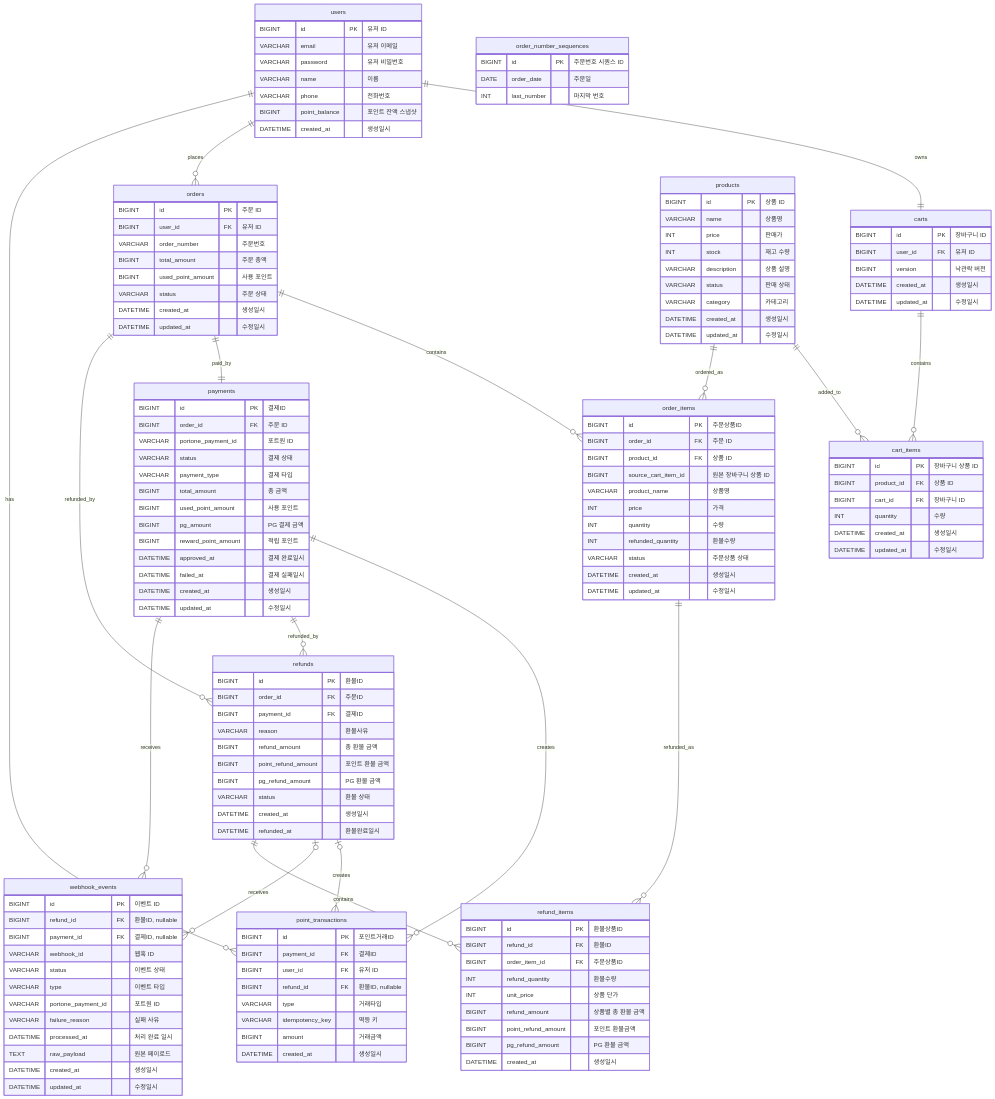
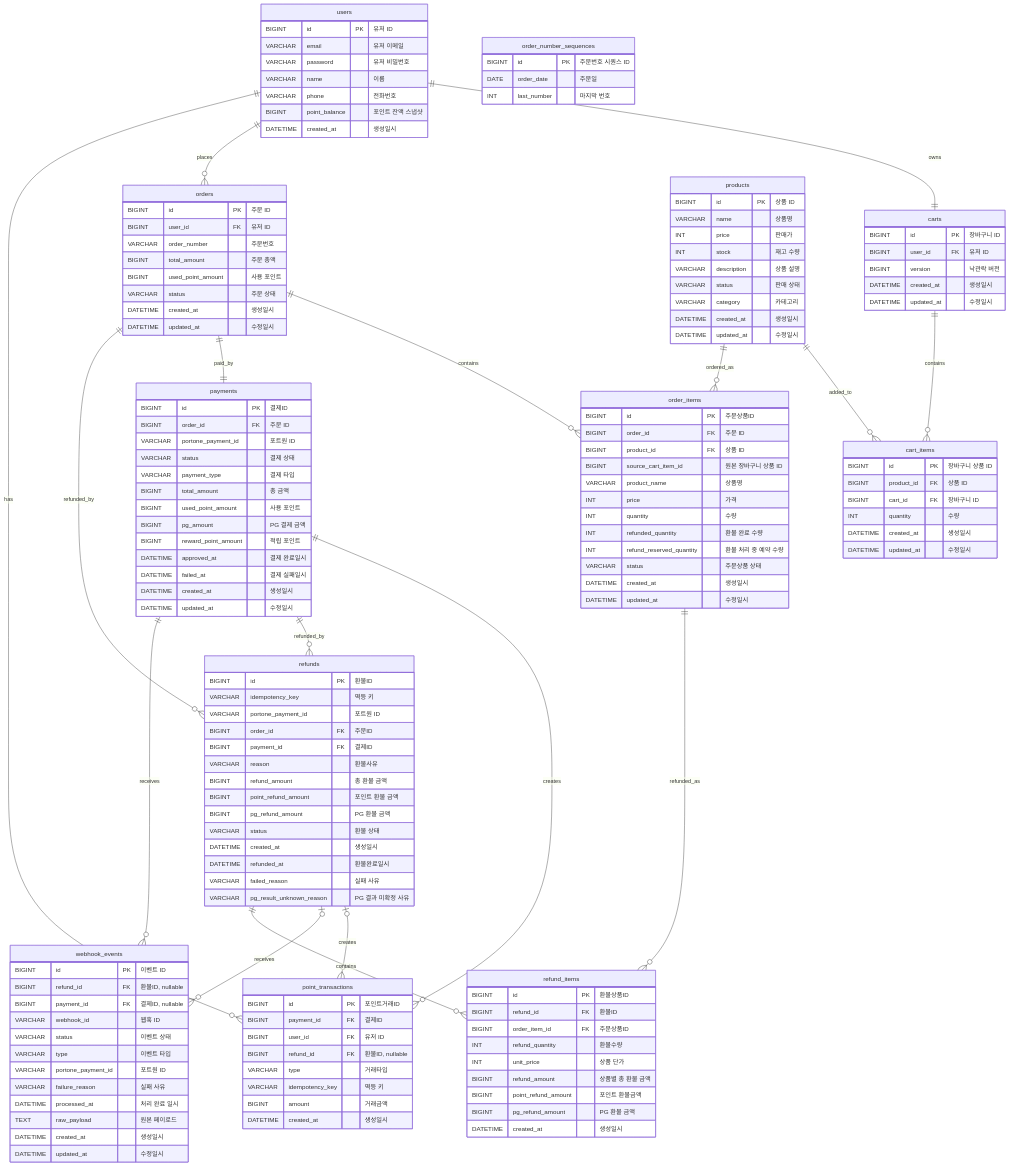
The diagram in docs/ERD.md (vanilalatte03/ec2-payment-system), drawn with Mermaid before and after one commit. The commit also changed other lines of this file and 11 other files, not shown here.

```diff
--- a/docs/ERD.md
+++ b/docs/ERD.md
@@ -84,7 +84,8 @@
         VARCHAR product_name "상품명"
         INT price "가격"
         INT quantity "수량"
-        INT refunded_quantity "환불수량"
+        INT refunded_quantity "환불 완료 수량"
+        INT refund_reserved_quantity "환불 처리 중 예약 수량"
         VARCHAR status "주문상품 상태"
         DATETIME created_at "생성일시"
         DATETIME updated_at "수정일시"
@@ -125,6 +126,8 @@
 
     refunds {
         BIGINT id PK "환불ID"
+        VARCHAR idempotency_key "멱등 키"
+        VARCHAR portone_payment_id "포트원 ID"
         BIGINT order_id FK "주문ID"
         BIGINT payment_id FK "결제ID"
         VARCHAR reason "환불사유"
@@ -134,6 +137,8 @@
         VARCHAR status "환불 상태"
         DATETIME created_at "생성일시"
         DATETIME refunded_at "환불완료일시"
+        VARCHAR failed_reason "실패 사유"
+        VARCHAR pg_result_unknown_reason "PG 결과 미확정 사유"
     }
 
     webhook_events {
```
